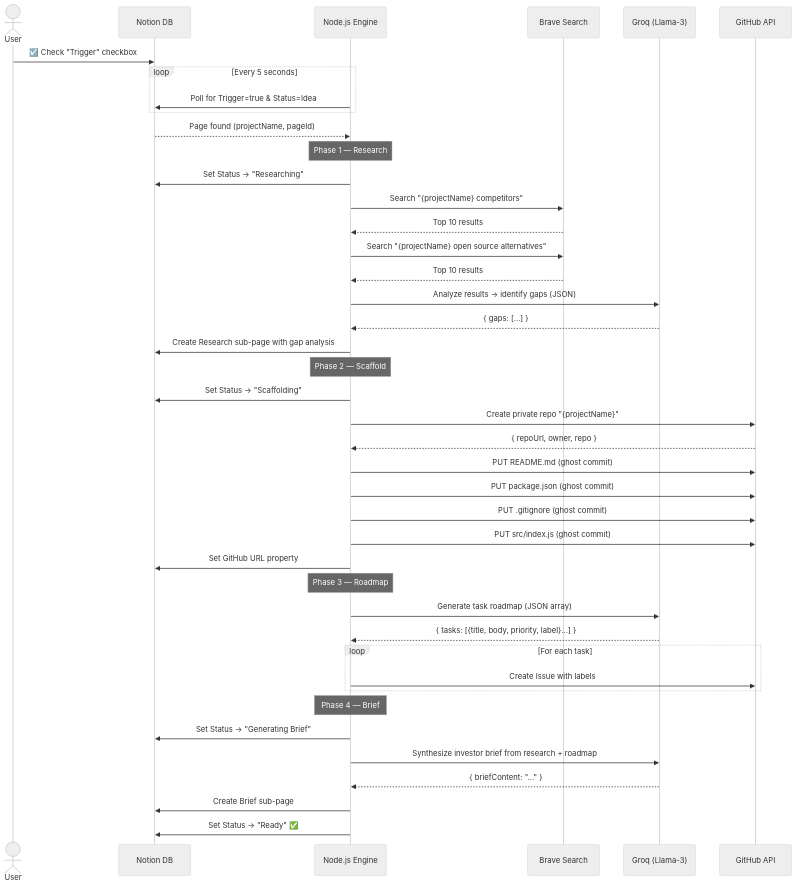
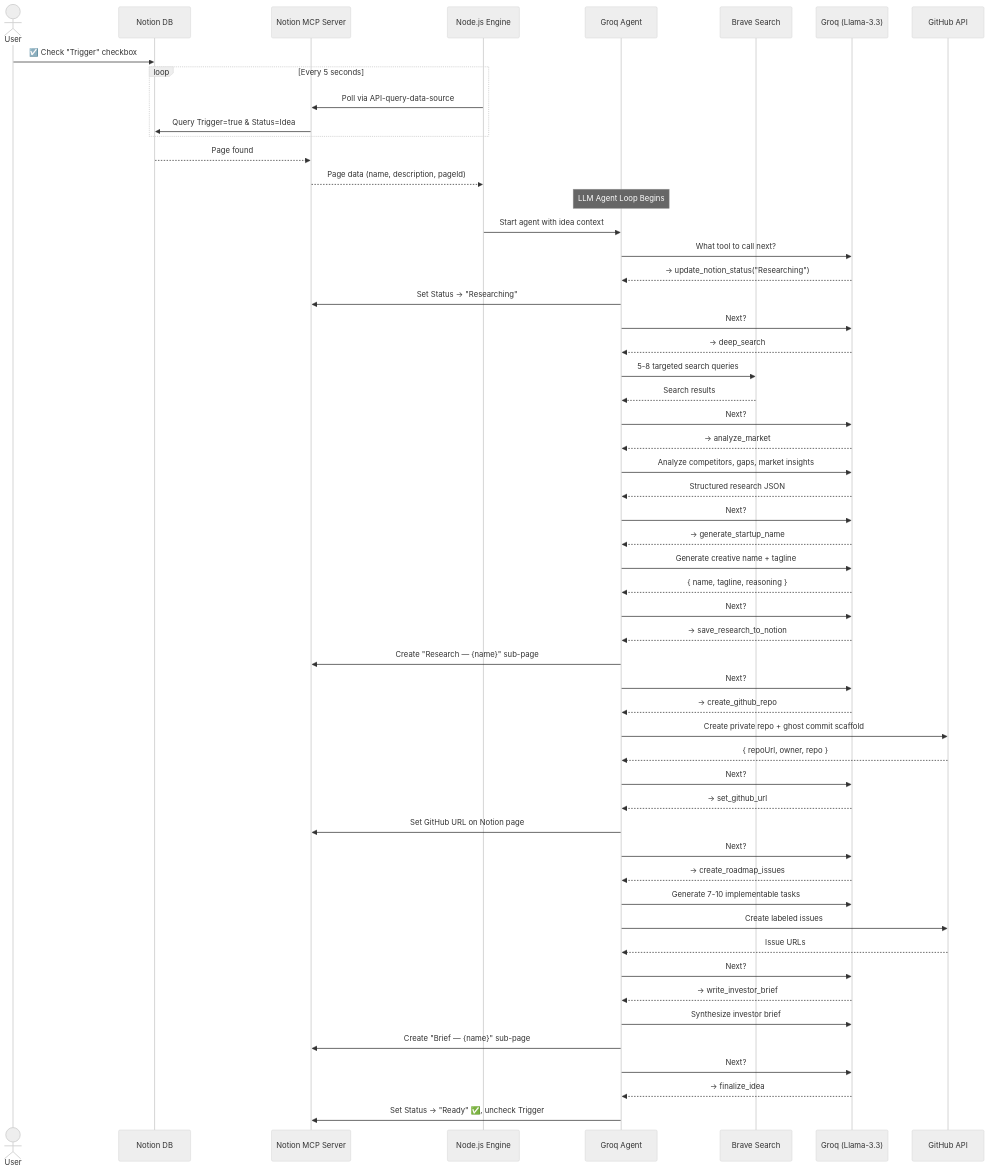
One commit to Abeera81/zerotorepo changed the second of 6 diagrams in TechDesign-ZeroToRepo-MVP.md. Above: the diagram before and after it, drawn with Mermaid (neutral theme). The commit also changed other lines of this file and 3 other files, not shown here.

````diff
--- a/TechDesign-ZeroToRepo-MVP.md
+++ b/TechDesign-ZeroToRepo-MVP.md
@@ -78,51 +79,71 @@
 ```mermaid
 sequenceDiagram
     actor User
     participant Notion as Notion DB
+    participant MCP as Notion MCP Server
     participant Engine as Node.js Engine
+    participant Agent as Groq Agent
     participant Brave as Brave Search
-    participant Groq as Groq (Llama-3)
+    participant Groq as Groq (Llama-3.3)
     participant GitHub as GitHub API
 
     User->>Notion: ☑️ Check "Trigger" checkbox
 
     loop Every 5 seconds
-        Engine->>Notion: Poll for Trigger=true & Status=Idea
+        Engine->>MCP: Poll via API-query-data-source
+        MCP->>Notion: Query Trigger=true & Status=Idea
     end
 
-    Notion-->>Engine: Page found (projectName, pageId)
+    Notion-->>MCP: Page found
+    MCP-->>Engine: Page data (name, description, pageId)
 
-    Note over Engine: Phase 1 — Research
-    Engine->>Notion: Set Status → "Researching"
-    Engine->>Brave: Search "{projectName} competitors"
-    Brave-->>Engine: Top 10 results
-    Engine->>Brave: Search "{projectName} open source alternatives"
-    Brave-->>Engine: Top 10 results
-    Engine->>Groq: Analyze results → identify gaps (JSON)
-    Groq-->>Engine: { gaps: [...] }
-    Engine->>Notion: Create Research sub-page with gap analysis
+    Note over Agent: LLM Agent Loop Begins
+    Engine->>Agent: Start agent with idea context
 
-    Note over Engine: Phase 2 — Scaffold
-    Engine->>Notion: Set Status → "Scaffolding"
-    Engine->>GitHub: Create private repo "{projectName}"
-    GitHub-->>Engine: { repoUrl, owner, repo }
-    Engine->>GitHub: PUT README.md (ghost commit)
-    Engine->>GitHub: PUT package.json (ghost commit)
-    Engine->>GitHub: PUT .gitignore (ghost commit)
-    Engine->>GitHub: PUT src/index.js (ghost commit)
-    Engine->>Notion: Set GitHub URL property
+    Agent->>Groq: What tool to call next?
+    Groq-->>Agent: → update_notion_status("Researching")
+    Agent->>MCP: Set Status → "Researching"
 
-    Note over Engine: Phase 3 — Roadmap
-    Engine->>Groq: Generate task roadmap (JSON array)
-    Groq-->>Engine: { tasks: [{title, body, priority, label}...] }
-    loop For each task
-        Engine->>GitHub: Create Issue with labels
-    end
+    Agent->>Groq: Next?
+    Groq-->>Agent: → deep_search
+    Agent->>Brave: 5-8 targeted search queries
+    Brave-->>Agent: Search results
 
-    Note over Engine: Phase 4 — Brief
-    Engine->>Notion: Set Status → "Generating Brief"
-    Engine->>Groq: Synthesize investor brief from research + roadmap
-    Groq-->>Engine: { briefContent: "..." }
-    Engine->>Notion: Create Brief sub-page
-    Engine->>Notion: Set Status → "Ready" ✅
+    Agent->>Groq: Next?
+    Groq-->>Agent: → analyze_market
+    Agent->>Groq: Analyze competitors, gaps, market insights
+    Groq-->>Agent: Structured research JSON
+
+    Agent->>Groq: Next?
+    Groq-->>Agent: → generate_startup_name
+    Agent->>Groq: Generate creative name + tagline
+    Groq-->>Agent: { name, tagline, reasoning }
+
+    Agent->>Groq: Next?
+    Groq-->>Agent: → save_research_to_notion
+    Agent->>MCP: Create "Research — {name}" sub-page
+
+    Agent->>Groq: Next?
+    Groq-->>Agent: → create_github_repo
+    Agent->>GitHub: Create private repo + ghost commit scaffold
+    GitHub-->>Agent: { repoUrl, owner, repo }
+
+    Agent->>Groq: Next?
+    Groq-->>Agent: → set_github_url
+    Agent->>MCP: Set GitHub URL on Notion page
+
+    Agent->>Groq: Next?
+    Groq-->>Agent: → create_roadmap_issues
+    Agent->>Groq: Generate 7-10 implementable tasks
+    Agent->>GitHub: Create labeled issues
+    GitHub-->>Agent: Issue URLs
+
+    Agent->>Groq: Next?
+    Groq-->>Agent: → write_investor_brief
+    Agent->>Groq: Synthesize investor brief
+    Agent->>MCP: Create "Brief — {name}" sub-page
+
+    Agent->>Groq: Next?
+    Groq-->>Agent: → finalize_idea
+    Agent->>MCP: Set Status → "Ready" ✅, uncheck Trigger
 ```
````
